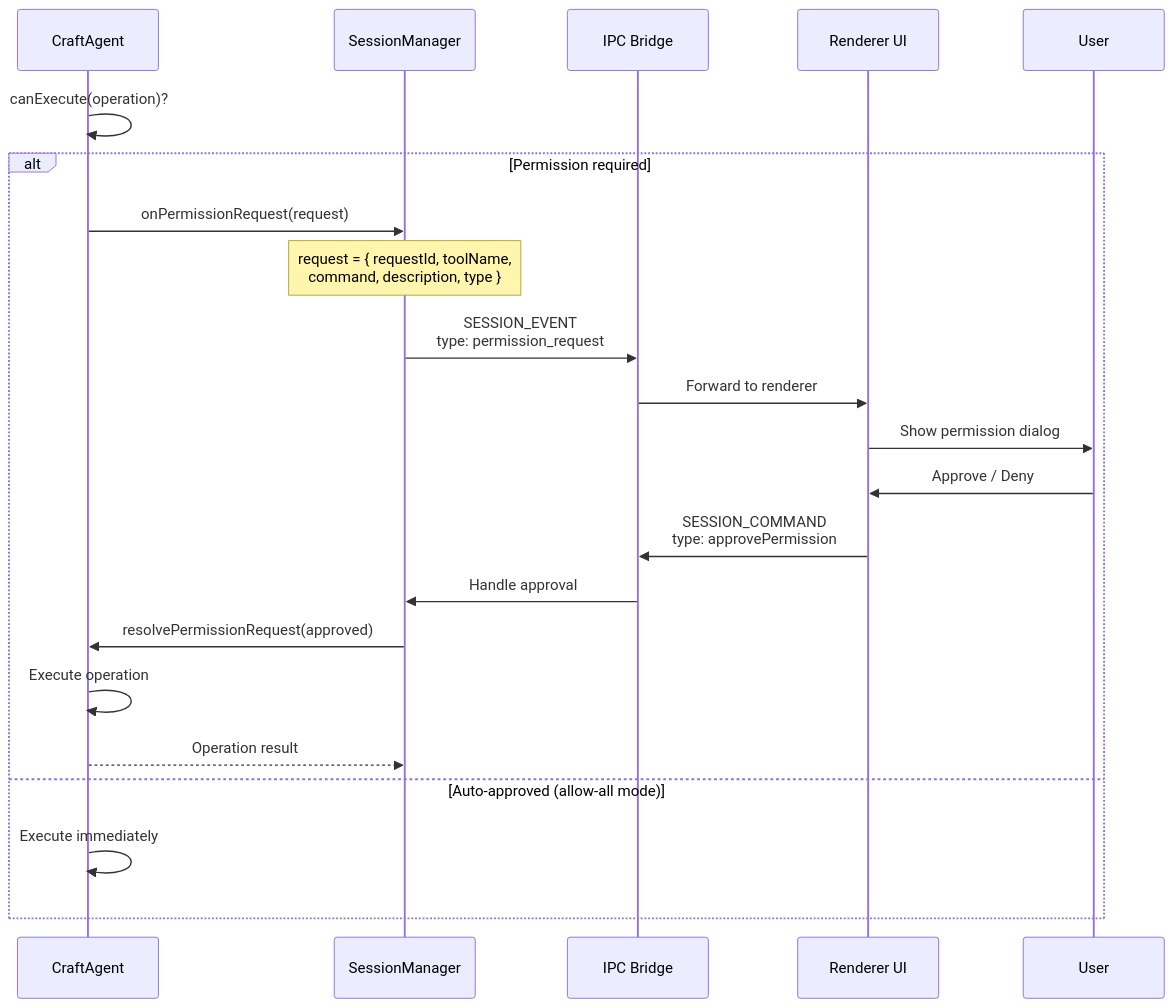
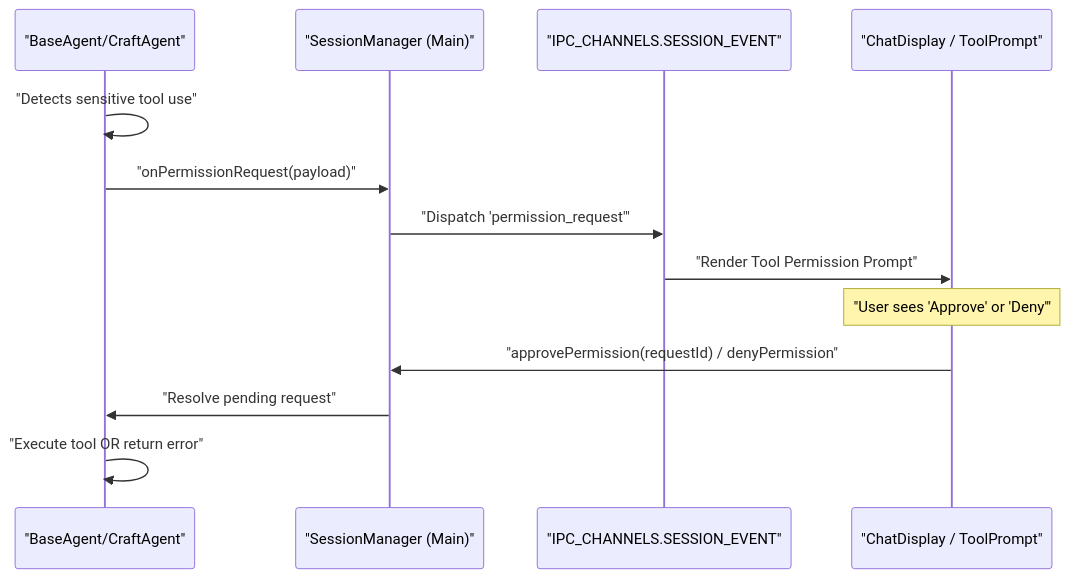
Before and after one commit to blackcater/zentree: the second of 3 diagrams in docs/lukilabs_craft-agents-oss/core-concepts/permission-system.md, drawn with Mermaid. The commit also changed other lines of this file and 232 other files, not shown here.

````diff
--- a/docs/lukilabs_craft-agents-oss/core-concepts/permission-system.md
+++ b/docs/lukilabs_craft-agents-oss/core-concepts/permission-system.md
@@ -82,27 +78,18 @@
 ```mermaid
 sequenceDiagram
-    participant Agent as CraftAgent
-    participant SM as SessionManager
-    participant IPC as IPC Bridge
-    participant UI as Renderer UI
-    participant User
-
-    Agent->>Agent: canExecute(operation)?
-    alt Permission required
-        Agent->>SM: onPermissionRequest(request)
-        Note over SM: request = { requestId, toolName,<br/>command, description, type }
-        SM->>IPC: SESSION_EVENT<br/>type: permission_request
-        IPC->>UI: Forward to renderer
-        UI->>User: Show permission dialog
-
-        User->>UI: Approve / Deny
-        UI->>IPC: SESSION_COMMAND<br/>type: approvePermission
-        IPC->>SM: Handle approval
-        SM->>Agent: resolvePermissionRequest(approved)
-
-        Agent->>Agent: Execute operation
-        Agent-->>SM: Operation result
-    else Auto-approved (allow-all mode)
-        Agent->>Agent: Execute immediately
-    end
+    participant Agent as "BaseAgent/CraftAgent"
+    participant SM as "SessionManager (Main)"
+    participant IPC as "IPC_CHANNELS.SESSION_EVENT"
+    participant UI as "ChatDisplay / ToolPrompt"
+    
+    Agent->>Agent: "Detects sensitive tool use"
+    Agent->>SM: "onPermissionRequest(payload)"
+    SM->>IPC: "Dispatch 'permission_request'"
+    IPC->>UI: "Render Tool Permission Prompt"
+    
+    Note over UI: "User sees 'Approve' or 'Deny'"
+    
+    UI->>SM: "approvePermission(requestId) / denyPermission"
+    SM->>Agent: "Resolve pending request"
+    Agent->>Agent: "Execute tool OR return error"
 ```
````
